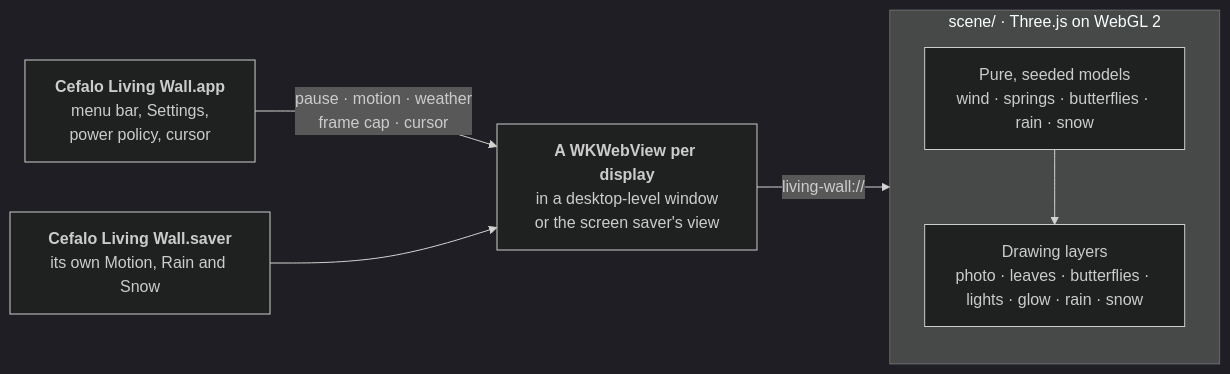
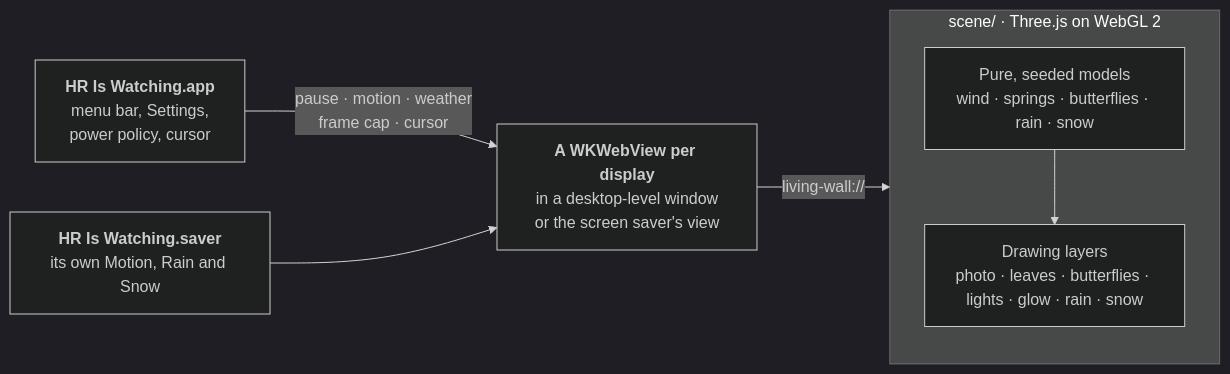
Before and after one commit to Atanusaha143/cefalo-living-wall: the diagram in README.md, drawn with Mermaid (dark theme). The commit also changed other lines of this file and 34 other files, not shown here.

First line of the commit message:
HR is watching: new sign, HR peeking over the hedge, eyes that follow the cursor

````diff
--- a/README.md
+++ b/README.md
@@ -151,13 +169,13 @@
 ```mermaid
 flowchart LR
-  app["<b>Cefalo Living Wall.app</b><br/>menu bar, Settings,<br/>power policy, cursor"]
-  saver["<b>Cefalo Living Wall.saver</b><br/>its own Motion, Rain and Snow"]
+  app["<b>HR Is Watching.app</b><br/>menu bar, Settings,<br/>power policy, cursor"]
+  saver["<b>HR Is Watching.saver</b><br/>its own Motion, Rain and Snow"]
   web["<b>A WKWebView per display</b><br/>in a desktop-level window<br/>or the screen saver's view"]
   subgraph scene["scene/ · Three.js on WebGL 2"]
     direction TB
     models["Pure, seeded models<br/>wind · springs · butterflies · rain · snow"] --> layers["Drawing layers<br/>photo · leaves · butterflies · lights · glow · rain · snow"]
   end
   app -- "pause · motion · weather<br/>frame cap · cursor" --> web
   saver --> web
   web -- "living-wall://" --> scene
 ```
````
